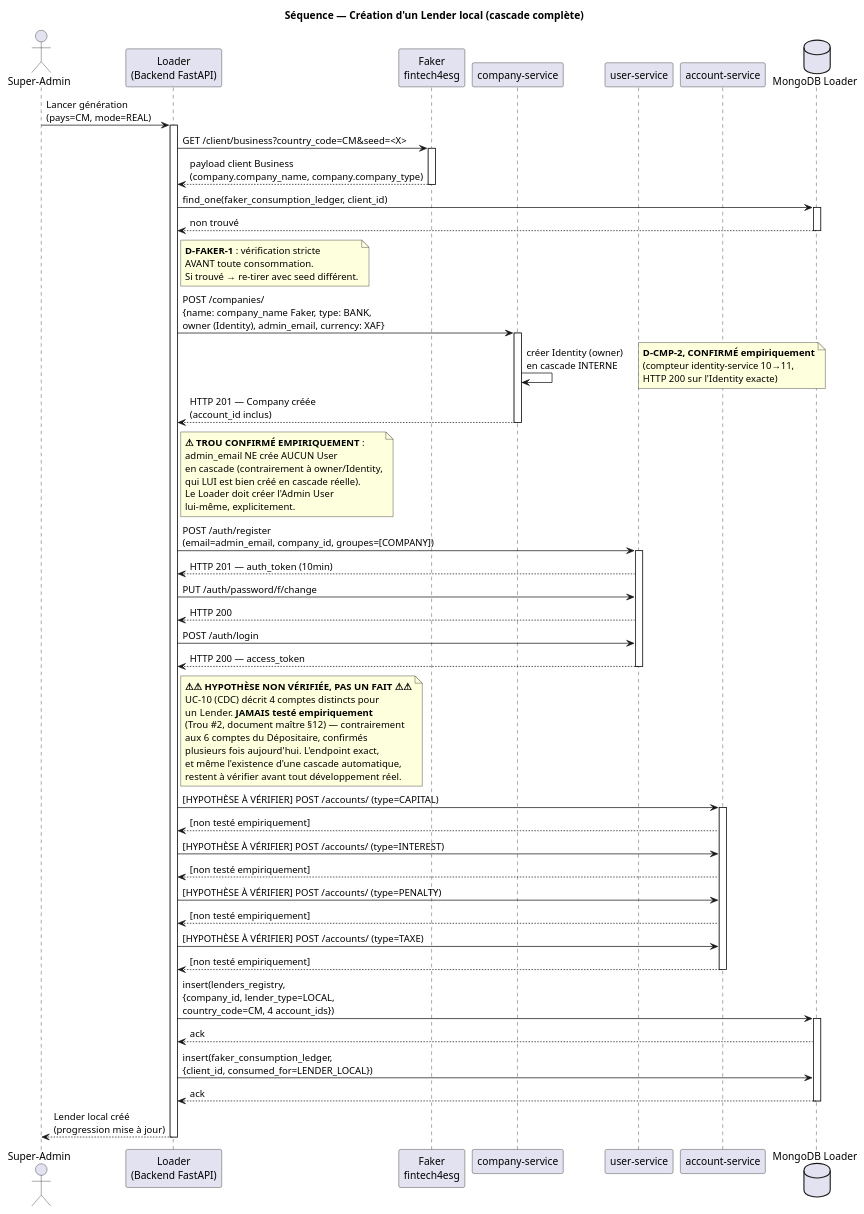
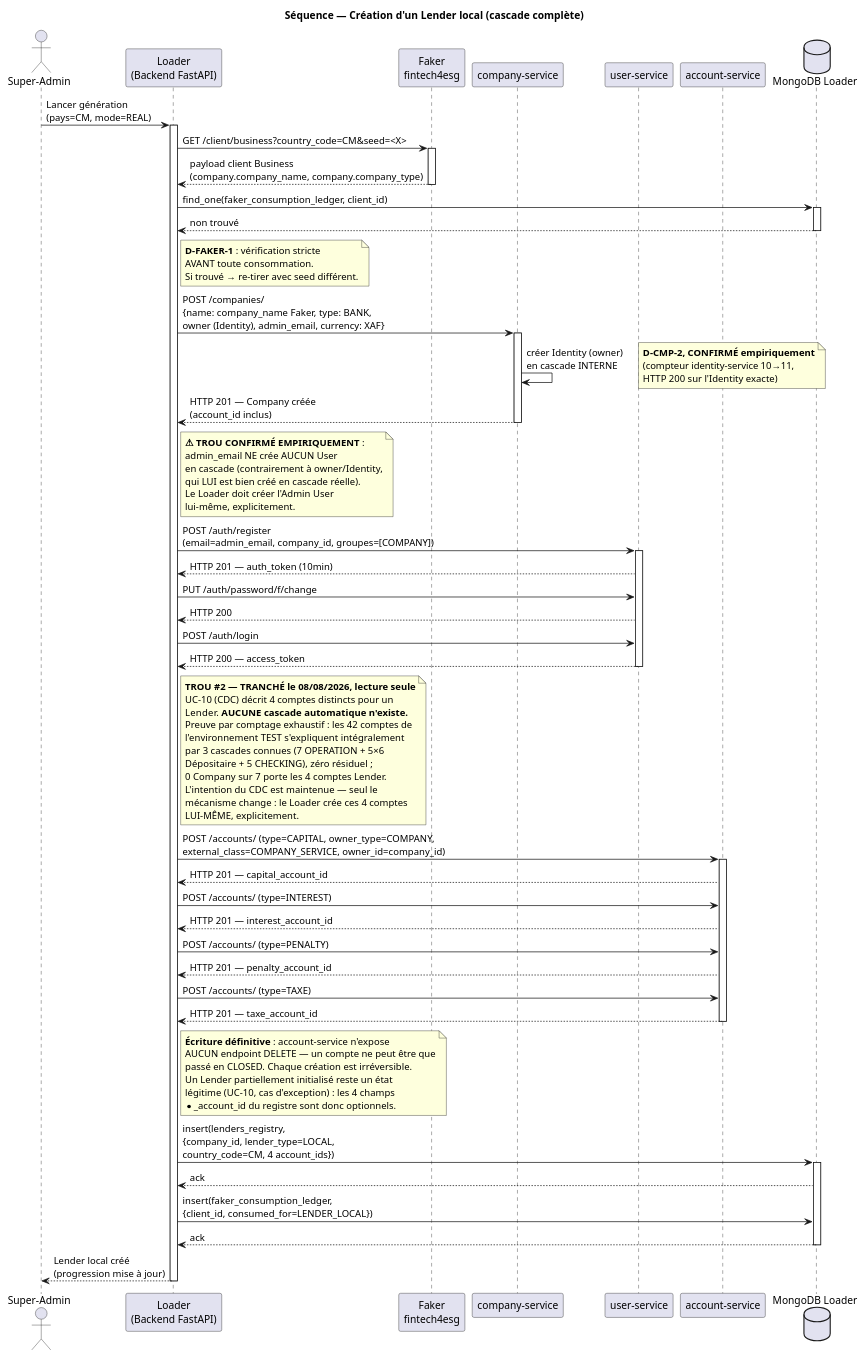
Before and after one commit to KuateAbdel/simulator-backend-loader: the diagram in docs/reference/uml_diagrams/03_sequence_lender.puml, drawn with PlantUML. The commit also changed 5 other files, not shown here.

First line of the commit message:
fix(uml)+feat(cdc): alignement des diagrammes sur le CDC et parametres figes

```diff
--- a/docs/reference/uml_diagrams/03_sequence_lender.puml
+++ b/docs/reference/uml_diagrams/03_sequence_lender.puml
@@ -1,88 +1,100 @@
 @startuml Loader_FinZuu_Sequence_Lender
 
 title Séquence — Création d'un Lender local (cascade complète)
 
 actor "Super-Admin" as SA
 participant "Loader\n(Backend FastAPI)" as LDR
 participant "Faker\nfintech4esg" as FAKER
 participant "company-service" as CMP
 participant "user-service" as USR
 participant "account-service" as ACC
 database "MongoDB Loader" as DB
 
 SA -> LDR : Lancer génération\n(pays=CM, mode=REAL)
 activate LDR
 
 LDR -> FAKER : GET /client/business?country_code=CM&seed=<X>
 activate FAKER
 FAKER --> LDR : payload client Business\n(company.company_name, company.company_type)
 deactivate FAKER
 
 LDR -> DB : find_one(faker_consumption_ledger, client_id)
 activate DB
 DB --> LDR : non trouvé
 deactivate DB
 note right of LDR
   **D-FAKER-1** : vérification stricte
   AVANT toute consommation.
   Si trouvé → re-tirer avec seed différent.
 end note
 
 LDR -> CMP : POST /companies/\n{name: company_name Faker, type: BANK,\nowner (Identity), admin_email, currency: XAF}
 activate CMP
 CMP -> CMP : créer Identity (owner)\nen cascade INTERNE
 note right : **D-CMP-2, CONFIRMÉ empiriquement**\n(compteur identity-service 10→11,\nHTTP 200 sur l'Identity exacte)
 CMP --> LDR : HTTP 201 — Company créée\n(account_id inclus)
 deactivate CMP
 
 note right of LDR
   **⚠ TROU CONFIRMÉ EMPIRIQUEMENT** :
   admin_email NE crée AUCUN User
   en cascade (contrairement à owner/Identity,
   qui LUI est bien créé en cascade réelle).
   Le Loader doit créer l'Admin User
   lui-même, explicitement.
 end note
 
 LDR -> USR : POST /auth/register\n(email=admin_email, company_id, groupes=[COMPANY])
 activate USR
 USR --> LDR : HTTP 201 — auth_token (10min)
 LDR -> USR : PUT /auth/password/f/change
 USR --> LDR : HTTP 200
 LDR -> USR : POST /auth/login
 USR --> LDR : HTTP 200 — access_token
 deactivate USR
 
 note right of LDR
-  **⚠⚠ HYPOTHÈSE NON VÉRIFIÉE, PAS UN FAIT ⚠⚠**
-  UC-10 (CDC) décrit 4 comptes distincts pour
-  un Lender. **JAMAIS testé empiriquement**
-  (Trou #2, document maître §12) — contrairement
-  aux 6 comptes du Dépositaire, confirmés
-  plusieurs fois aujourd'hui. L'endpoint exact,
-  et même l'existence d'une cascade automatique,
-  restent à vérifier avant tout développement réel.
+  **TROU #2 — TRANCHÉ le 08/08/2026, lecture seule**
+  UC-10 (CDC) décrit 4 comptes distincts pour un
+  Lender. **AUCUNE cascade automatique n'existe.**
+  Preuve par comptage exhaustif : les 42 comptes de
+  l'environnement TEST s'expliquent intégralement
+  par 3 cascades connues (7 OPERATION + 5×6
+  Dépositaire + 5 CHECKING), zéro résiduel ;
+  0 Company sur 7 porte les 4 comptes Lender.
+  L'intention du CDC est maintenue — seul le
+  mécanisme change : le Loader crée ces 4 comptes
+  LUI-MÊME, explicitement.
 end note
 
-LDR -> ACC : [HYPOTHÈSE À VÉRIFIER] POST /accounts/ (type=CAPITAL)
+LDR -> ACC : POST /accounts/ (type=CAPITAL, owner_type=COMPANY,\nexternal_class=COMPANY_SERVICE, owner_id=company_id)
 activate ACC
-ACC --> LDR : [non testé empiriquement]
-LDR -> ACC : [HYPOTHÈSE À VÉRIFIER] POST /accounts/ (type=INTEREST)
-ACC --> LDR : [non testé empiriquement]
-LDR -> ACC : [HYPOTHÈSE À VÉRIFIER] POST /accounts/ (type=PENALTY)
-ACC --> LDR : [non testé empiriquement]
-LDR -> ACC : [HYPOTHÈSE À VÉRIFIER] POST /accounts/ (type=TAXE)
-ACC --> LDR : [non testé empiriquement]
+ACC --> LDR : HTTP 201 — capital_account_id
+LDR -> ACC : POST /accounts/ (type=INTEREST)
+ACC --> LDR : HTTP 201 — interest_account_id
+LDR -> ACC : POST /accounts/ (type=PENALTY)
+ACC --> LDR : HTTP 201 — penalty_account_id
+LDR -> ACC : POST /accounts/ (type=TAXE)
+ACC --> LDR : HTTP 201 — taxe_account_id
 deactivate ACC
+
+note right of LDR
+  **Écriture définitive** : account-service n'expose
+  AUCUN endpoint DELETE — un compte ne peut être que
+  passé en CLOSED. Chaque création est irréversible.
+  Un Lender partiellement initialisé reste un état
+  légitime (UC-10, cas d'exception) : les 4 champs
+  *_account_id du registre sont donc optionnels.
+end note
 
 LDR -> DB : insert(lenders_registry,\n{company_id, lender_type=LOCAL,\ncountry_code=CM, 4 account_ids})
 activate DB
 DB --> LDR : ack
 LDR -> DB : insert(faker_consumption_ledger,\n{client_id, consumed_for=LENDER_LOCAL})
 DB --> LDR : ack
 deactivate DB
 
 LDR --> SA : Lender local créé\n(progression mise à jour)
 deactivate LDR
 
 @enduml
```
